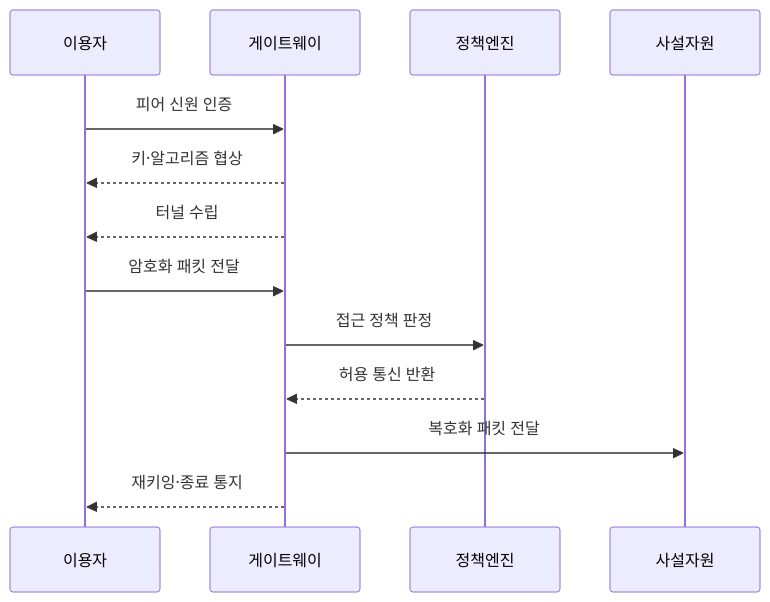
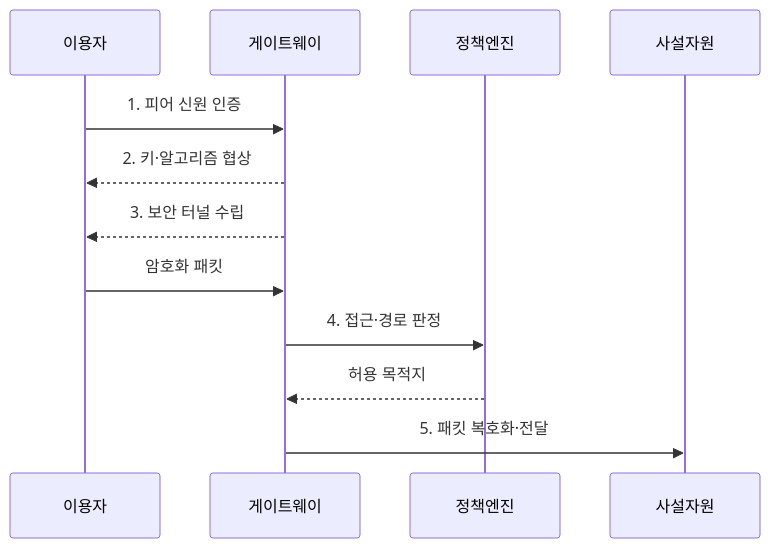
One commit to agnusdei1207/knowledge-base changed the second of 2 diagrams in src/content/docs/notes/04-network/089_vpn.md. Above: the diagram before and after it, drawn with Mermaid. The commit also changed other lines of this file and 21 other files, not shown here.

````diff
--- a/src/content/docs/notes/04-network/089_vpn.md
+++ b/src/content/docs/notes/04-network/089_vpn.md
@@ -80,15 +79,14 @@
 ```mermaid
 sequenceDiagram
     participant 이용자
     participant 게이트웨이
     participant 정책엔진
     participant 사설자원
-    이용자->>게이트웨이: 피어 신원 인증
-    게이트웨이-->>이용자: 키·알고리즘 협상
-    게이트웨이-->>이용자: 터널 수립
-    이용자->>게이트웨이: 암호화 패킷 전달
-    게이트웨이->>정책엔진: 접근 정책 판정
-    정책엔진-->>게이트웨이: 허용 통신 반환
-    게이트웨이->>사설자원: 복호화 패킷 전달
-    게이트웨이-->>이용자: 재키잉·종료 통지
+    이용자->>게이트웨이: 1. 피어 신원 인증
+    게이트웨이-->>이용자: 2. 키·알고리즘 협상
+    게이트웨이-->>이용자: 3. 보안 터널 수립
+    이용자->>게이트웨이: 암호화 패킷
+    게이트웨이->>정책엔진: 4. 접근·경로 판정
+    정책엔진-->>게이트웨이: 허용 목적지
+    게이트웨이->>사설자원: 5. 패킷 복호화·전달
 ```
````
